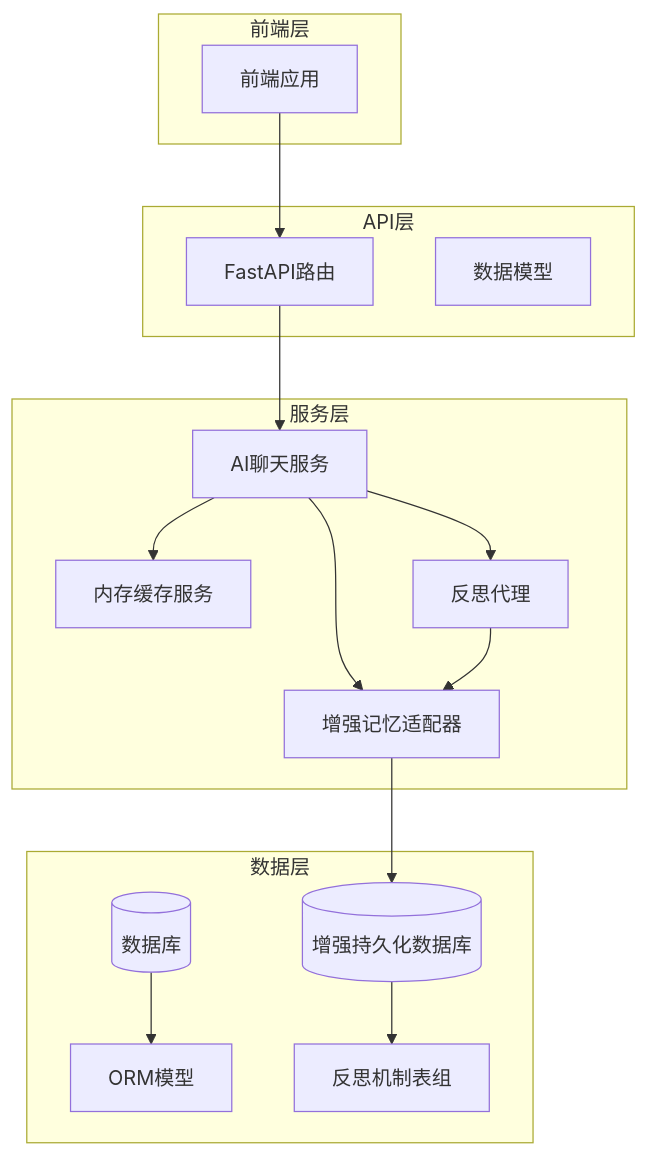
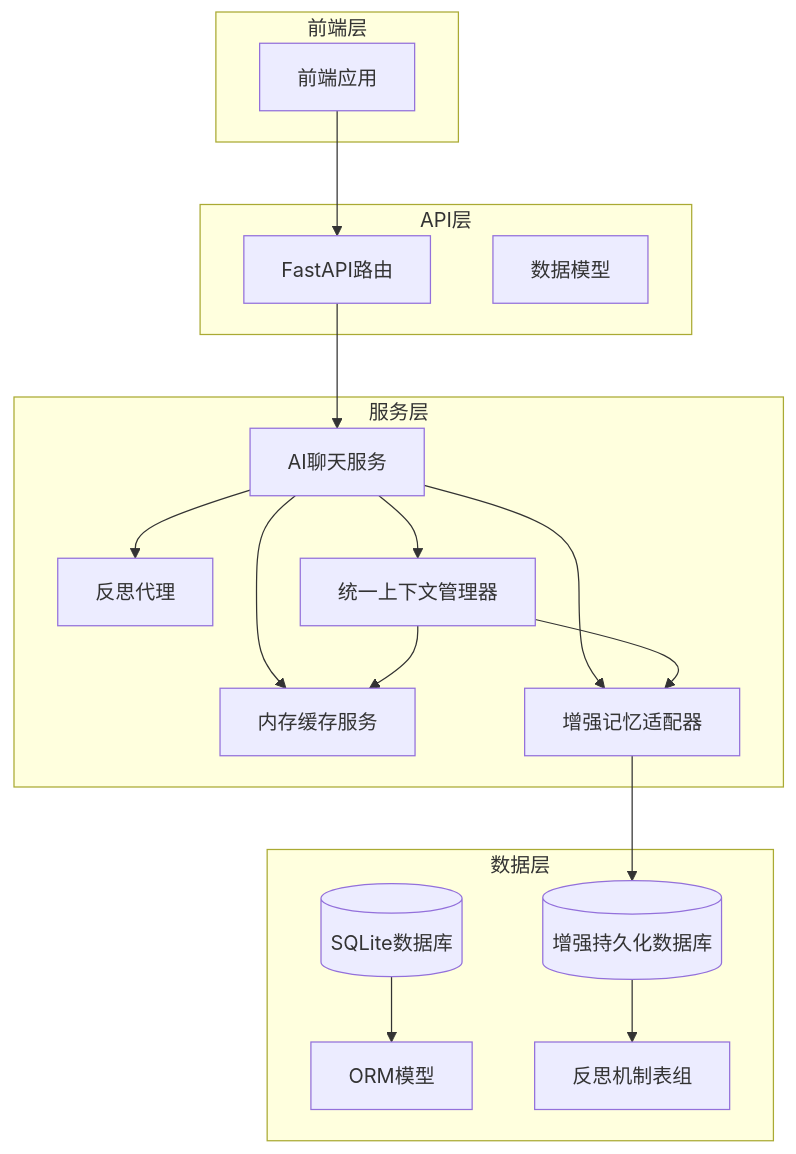
The first of 10 diagrams in .qoder/repowiki/zh/content/Memory Service.md (xfbyxq/ai-novel-system), drawn with Mermaid before and after one commit. The commit also changed other lines of this file and 2 other files, not shown here.

````diff
--- a/.qoder/repowiki/zh/content/Memory Service.md
+++ b/.qoder/repowiki/zh/content/Memory Service.md
@@ -47,31 +46,34 @@
 ```mermaid
 graph TB
 subgraph "前端层"
 FE[前端应用]
 end
 subgraph "API层"
 API[FastAPI路由]
 SCHEMAS[数据模型]
 end
 subgraph "服务层"
 AI_CHAT_SERVICE[AI聊天服务]
 MEMORY_SERVICE[内存缓存服务]
 PERSISTENT_ADAPTER[增强记忆适配器]
 REFLECTION_AGENT[反思代理]
+UNIFIED_CONTEXT[统一上下文管理器]
 end
 subgraph "数据层"
-DB[(数据库)]
+DB[(SQLite数据库)]
 MODELS[ORM模型]
 PERSISTENT_DB[(增强持久化数据库)]
 REFLECTION_TABLES[反思机制表组]
 end
 FE --> API
 API --> AI_CHAT_SERVICE
 AI_CHAT_SERVICE --> MEMORY_SERVICE
 AI_CHAT_SERVICE --> PERSISTENT_ADAPTER
 AI_CHAT_SERVICE --> REFLECTION_AGENT
-REFLECTION_AGENT --> PERSISTENT_ADAPTER
+AI_CHAT_SERVICE --> UNIFIED_CONTEXT
+UNIFIED_CONTEXT --> MEMORY_SERVICE
+UNIFIED_CONTEXT --> PERSISTENT_ADAPTER
 PERSISTENT_ADAPTER --> PERSISTENT_DB
 PERSISTENT_DB --> REFLECTION_TABLES
 DB --> MODELS
 ```
````
